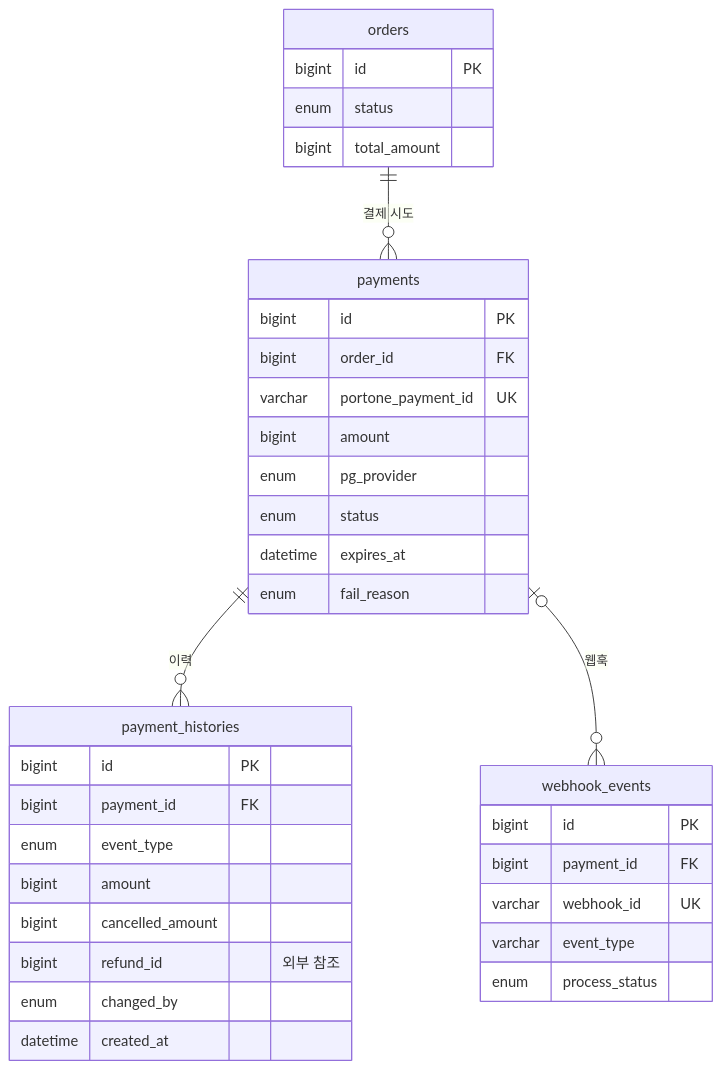
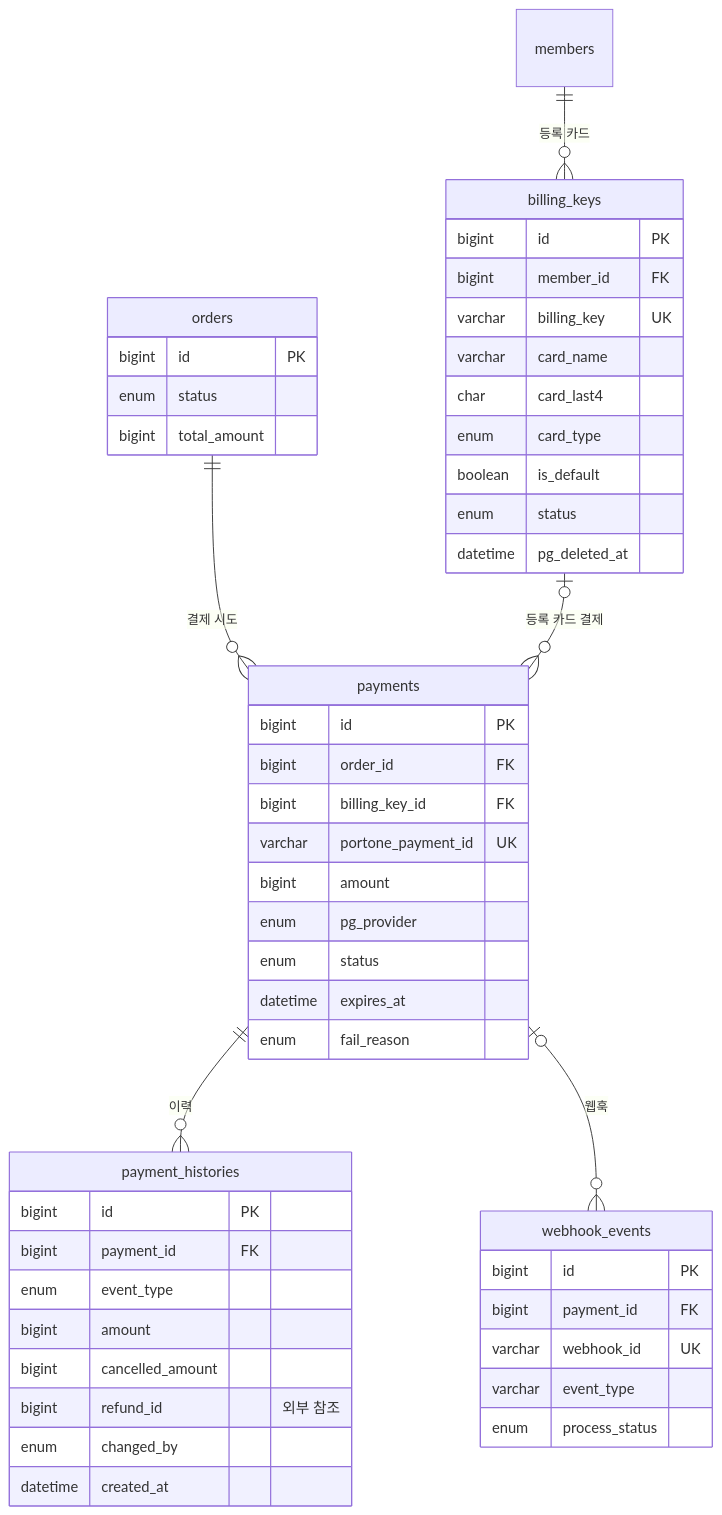
The seventh of 8 diagrams in docs/database/erd.md (sparta-final-4/take-care-of-my-fridge), drawn with Mermaid before and after one commit. The commit also changed other lines of this file and 3 other files, not shown here.

````diff
--- a/docs/database/erd.md
+++ b/docs/database/erd.md
@@ -297,39 +297,53 @@
 ```mermaid
 erDiagram
     orders ||--o{ payments : "결제 시도"
+    members ||--o{ billing_keys : "등록 카드"
+    billing_keys |o--o{ payments : "등록 카드 결제"
     payments ||--o{ payment_histories : "이력"
     payments |o--o{ webhook_events : "웹훅"
 
     orders {
         bigint id PK
         enum status
         bigint total_amount
     }
+    billing_keys {
+        bigint id PK
+        bigint member_id FK
+        varchar billing_key UK
+        varchar card_name
+        char card_last4
+        enum card_type
+        boolean is_default
+        enum status
+        datetime pg_deleted_at
+    }
     payments {
         bigint id PK
         bigint order_id FK
+        bigint billing_key_id FK
         varchar portone_payment_id UK
         bigint amount
         enum pg_provider
         enum status
         datetime expires_at
         enum fail_reason
     }
     payment_histories {
         bigint id PK
         bigint payment_id FK
         enum event_type
         bigint amount
         bigint cancelled_amount
         bigint refund_id "외부 참조"
         enum changed_by
         datetime created_at
     }
     webhook_events {
         bigint id PK
         bigint payment_id FK
         varchar webhook_id UK
         varchar event_type
         enum process_status
     }
 ```
````
